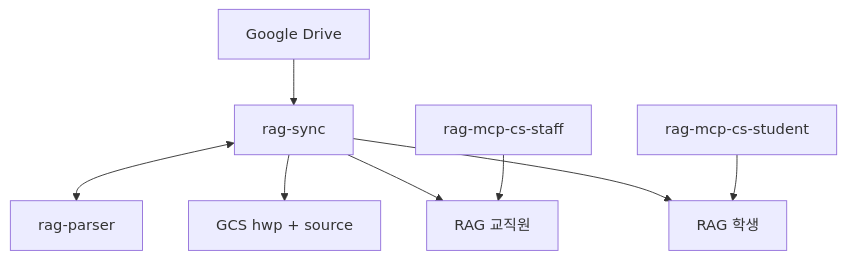
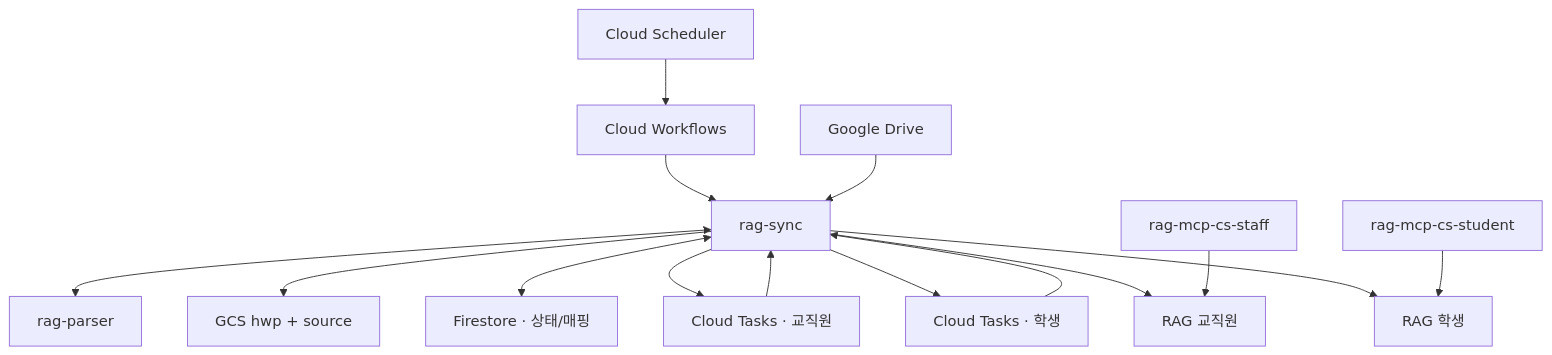
One commit to 0525gus/gcp_rag changed the diagram in README.md. Above: the diagram before and after it, drawn with Mermaid. The commit also changed other lines of this file and 23 other files, not shown here.

````diff
--- a/README.md
+++ b/README.md
@@ -9,19 +11,29 @@
 ```mermaid
 flowchart TB
   Drive["Google Drive"]
+  Scheduler["Cloud Scheduler"]
+  Workflow["Cloud Workflows"]
   Sync[rag-sync]
   Parser[rag-parser]
+  FacultyQueue["Cloud Tasks · 교직원"]
+  StudentQueue["Cloud Tasks · 학생"]
+  Firestore["Firestore · 상태/매핑"]
   GCS["GCS hwp + source"]
   StaffRAG[RAG 교직원]
   StudentRAG[RAG 학생]
   McpStaff[rag-mcp-cs-staff]
   McpStudent[rag-mcp-cs-student]
 
+  Scheduler --> Workflow
+  Workflow --> Sync
   Drive --> Sync
   Sync <--> Parser
   Sync --> GCS
+  Sync <--> Firestore
+  Sync --> FacultyQueue --> Sync
+  Sync --> StudentQueue --> Sync
   Sync --> StaffRAG
   Sync --> StudentRAG
   McpStaff --> StaffRAG
   McpStudent --> StudentRAG
 ```
````
